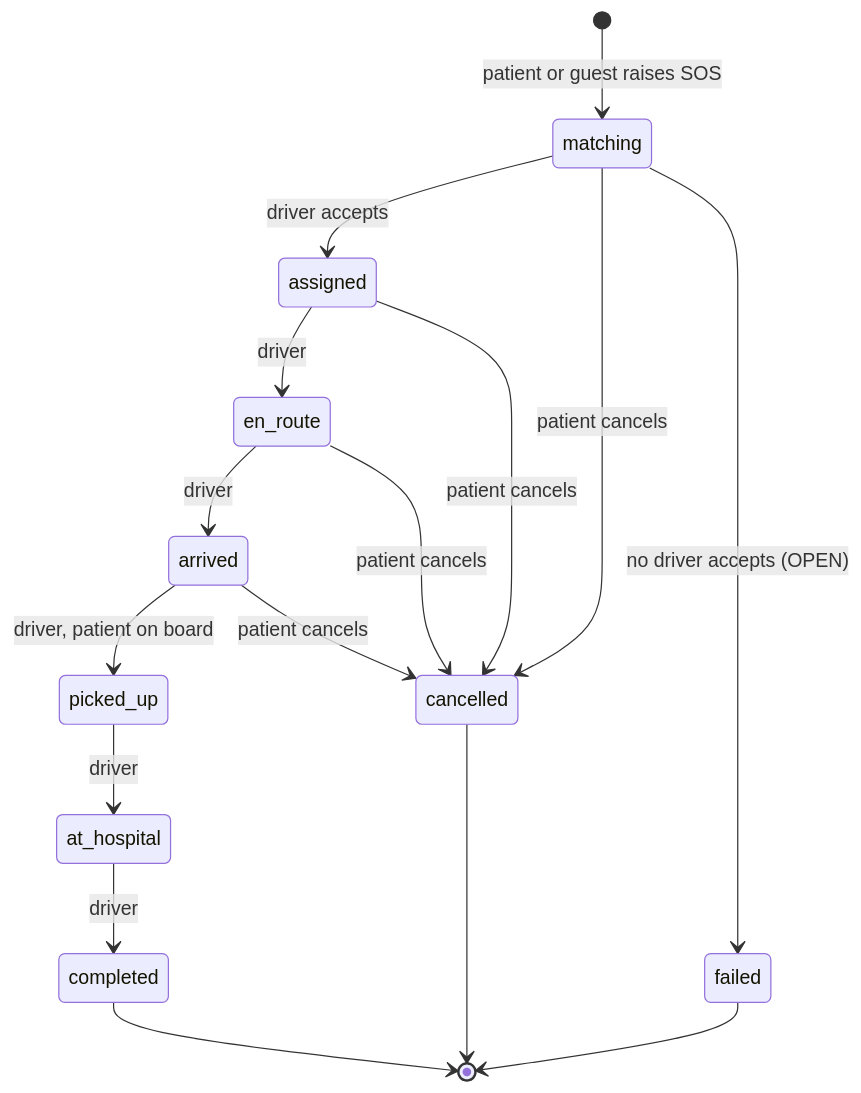
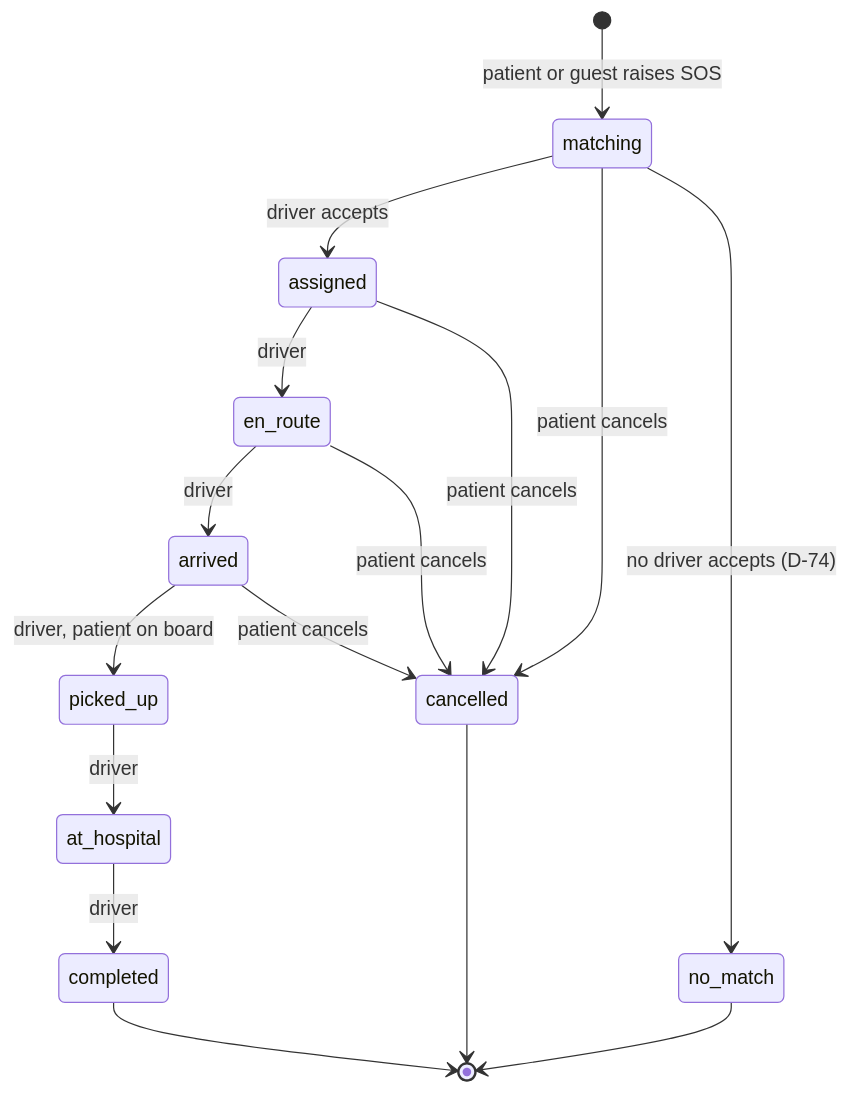
Before and after one commit to Laxmansirvi05/Hospital_Managment_System: the diagram in docs/06-emergency-lifecycle.md, drawn with Mermaid. The commit also changed other lines of this file and 12 other files, not shown here.

````diff
--- a/docs/06-emergency-lifecycle.md
+++ b/docs/06-emergency-lifecycle.md
@@ -25,18 +27,18 @@
 ```mermaid
 stateDiagram-v2
   [*] --> matching: patient or guest raises SOS
   matching --> assigned: driver accepts
   matching --> cancelled: patient cancels
-  matching --> failed: no driver accepts (OPEN)
+  matching --> no_match: no driver accepts (D-74)
   assigned --> en_route: driver
   assigned --> cancelled: patient cancels
   en_route --> arrived: driver
   en_route --> cancelled: patient cancels
   arrived --> picked_up: driver, patient on board
   arrived --> cancelled: patient cancels
   picked_up --> at_hospital: driver
   at_hospital --> completed: driver
   completed --> [*]
   cancelled --> [*]
-  failed --> [*]
+  no_match --> [*]
 ```
````
